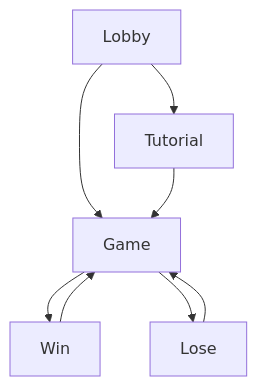
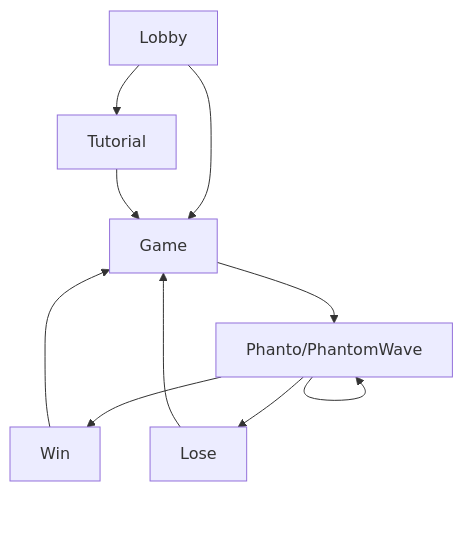
The second of 3 diagrams in README.md (oculus-samples/Unity-Phanto), drawn with Mermaid before and after one commit. The commit also changed other lines of this file and 738 other files, not shown here.

````diff
--- a/README.md
+++ b/README.md
@@ -137,11 +140,14 @@
 ```mermaid
 graph TD;
 
     Lobby-->Tutorial;
     Lobby-->Game;
     Tutorial-->Game;
-    Game-->Win;
-    Game-->Lose;
+    Game-->Phanto/PhantomWave;
+    Phanto/PhantomWave-->Phanto/PhantomWave
+    Phanto/PhantomWave-->Win;
     Win-->Game;
+    Phanto/PhantomWave-->Lose;
     Lose-->Game;
+
 ```
````
